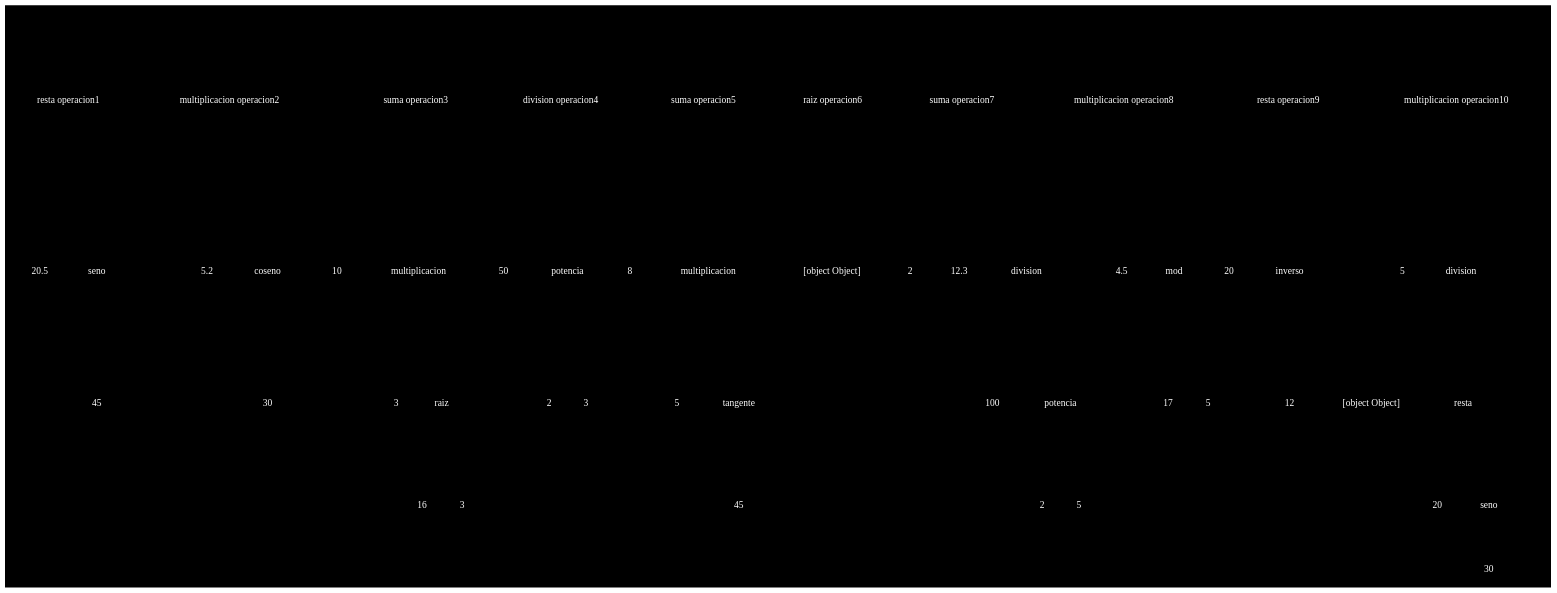
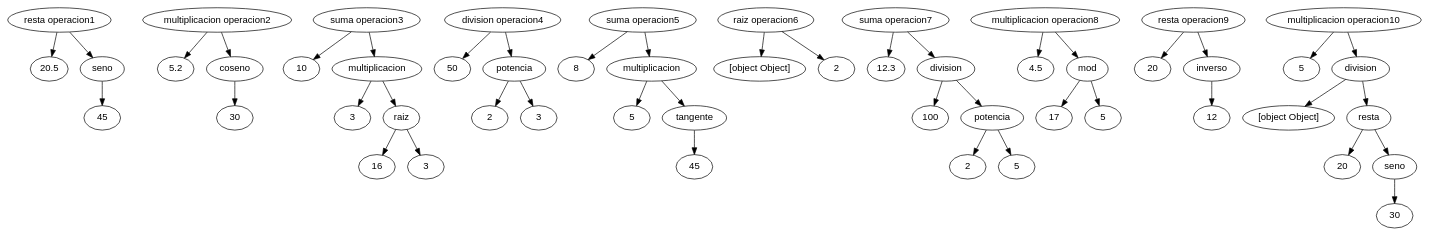
Before and after one commit to kik3-h/LFP_EVD_2024_Proyecto2: the diagram in Backend/src/Classes/202230026.dot, drawn with Graphviz. The commit also changed 25 other files, not shown here.

```diff
--- a/Backend/src/Classes/202230026.dot
+++ b/Backend/src/Classes/202230026.dot
@@ -1,100 +1,100 @@
 digraph Operaciones {
-  graph [bgcolor="#000000"];
-  node [shape=circle, style=filled, fillcolor="#000000", fontcolor="#FFFFFF", fontname="Times-Roman"];
+  graph [bgcolor="#ffffff"];
+  node [shape=ellipse, style=filled, fillcolor="#ffffff", fontcolor="#000000", fontname="Arial"];
   n1 [label="resta operacion1"];
   n2 [label="20.5"];
   n1 -> n2;
   n3 [label="seno "];
   n1 -> n3;
   n4 [label="45"];
   n3 -> n4;
   n5 [label="multiplicacion operacion2"];
   n6 [label="5.2"];
   n5 -> n6;
   n7 [label="coseno "];
   n5 -> n7;
   n8 [label="30"];
   n7 -> n8;
   n9 [label="suma operacion3"];
   n10 [label="10"];
   n9 -> n10;
   n11 [label="multiplicacion "];
   n9 -> n11;
   n12 [label="3"];
   n11 -> n12;
   n13 [label="raiz "];
   n11 -> n13;
   n14 [label="16"];
   n13 -> n14;
   n15 [label="3"];
   n13 -> n15;
   n16 [label="division operacion4"];
   n17 [label="50"];
   n16 -> n17;
   n18 [label="potencia "];
   n16 -> n18;
   n19 [label="2"];
   n18 -> n19;
   n20 [label="3"];
   n18 -> n20;
   n21 [label="suma operacion5"];
   n22 [label="8"];
   n21 -> n22;
   n23 [label="multiplicacion "];
   n21 -> n23;
   n24 [label="5"];
   n23 -> n24;
   n25 [label="tangente "];
   n23 -> n25;
   n26 [label="45"];
   n25 -> n26;
   n27 [label="raiz operacion6"];
   n28 [label="[object Object]"];
   n27 -> n28;
   n29 [label="2"];
   n27 -> n29;
   n30 [label="suma operacion7"];
   n31 [label="12.3"];
   n30 -> n31;
   n32 [label="division "];
   n30 -> n32;
   n33 [label="100"];
   n32 -> n33;
   n34 [label="potencia "];
   n32 -> n34;
   n35 [label="2"];
   n34 -> n35;
   n36 [label="5"];
   n34 -> n36;
   n37 [label="multiplicacion operacion8"];
   n38 [label="4.5"];
   n37 -> n38;
   n39 [label="mod "];
   n37 -> n39;
   n40 [label="17"];
   n39 -> n40;
   n41 [label="5"];
   n39 -> n41;
   n42 [label="resta operacion9"];
   n43 [label="20"];
   n42 -> n43;
   n44 [label="inverso "];
   n42 -> n44;
   n45 [label="12"];
   n44 -> n45;
   n46 [label="multiplicacion operacion10"];
   n47 [label="5"];
   n46 -> n47;
   n48 [label="division "];
   n46 -> n48;
   n49 [label="[object Object]"];
   n48 -> n49;
   n50 [label="resta "];
   n48 -> n50;
   n51 [label="20"];
   n50 -> n51;
   n52 [label="seno "];
   n50 -> n52;
   n53 [label="30"];
   n52 -> n53;
 }
```
